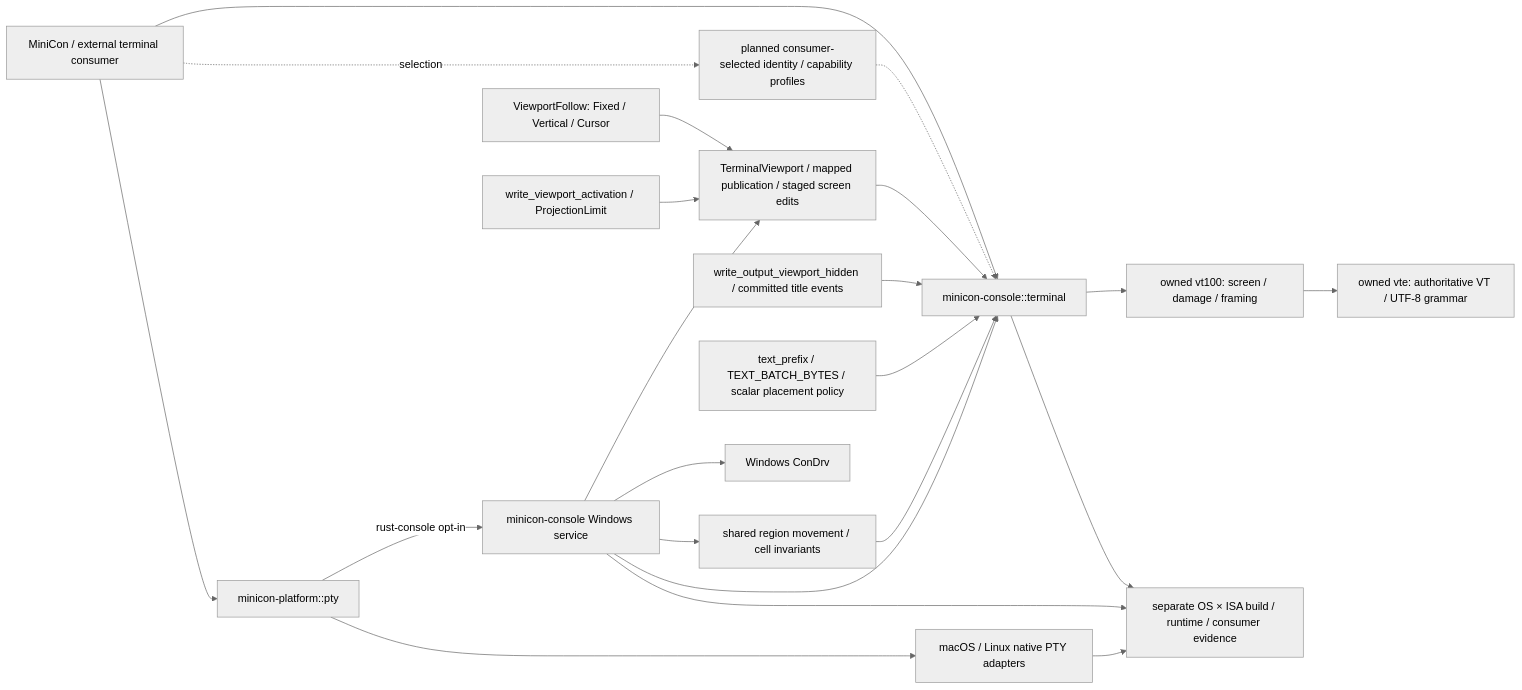
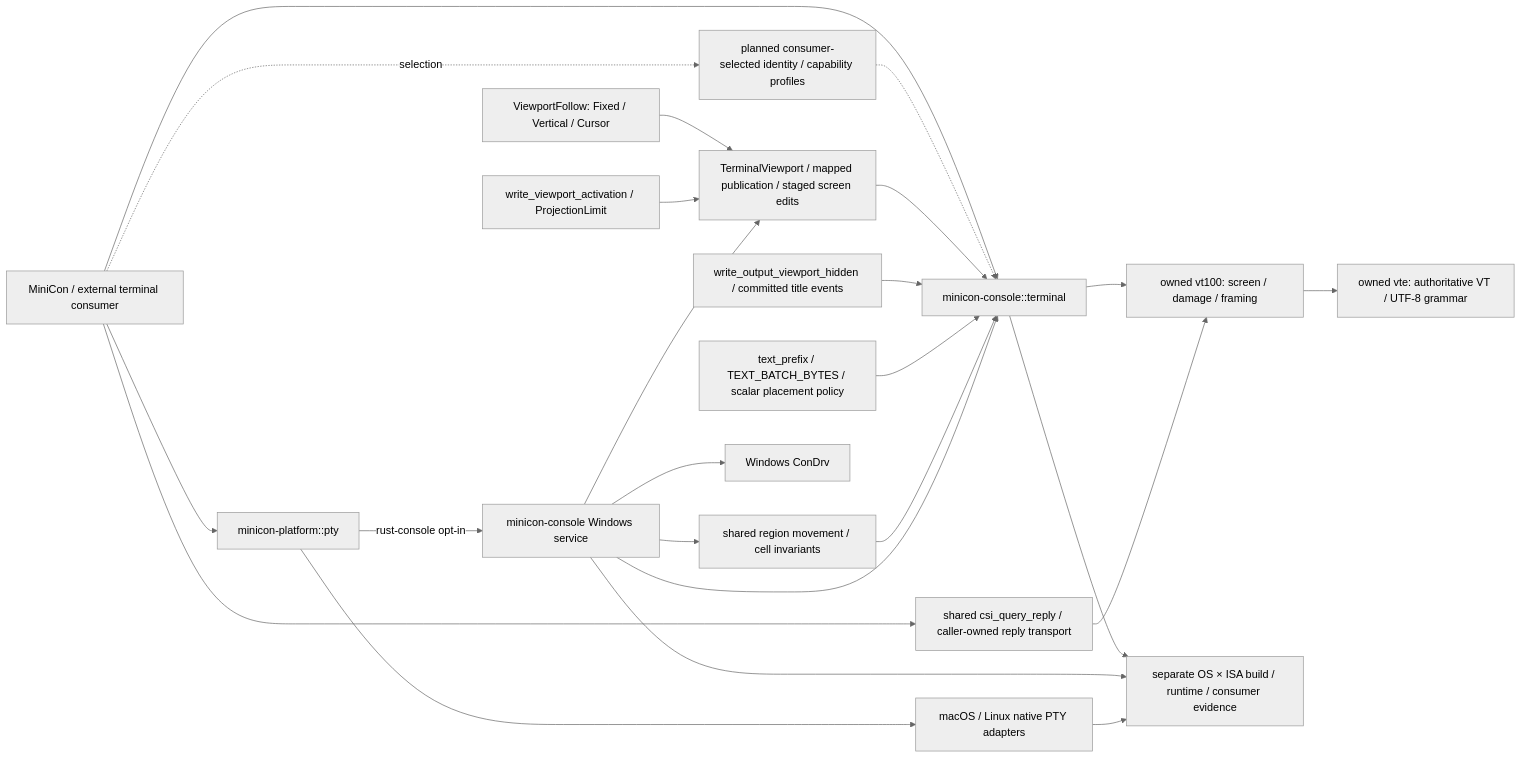
The diagram in prd/PRD_02_35_terminal_library.md (partnernetsoftware/minicon), drawn with Mermaid (neutral theme) before and after one commit. The commit also changed other lines of this file and 17 other files, not shown here.

````diff
--- a/prd/PRD_02_35_terminal_library.md
+++ b/prd/PRD_02_35_terminal_library.md
@@ -63,22 +68,24 @@
 ```mermaid
 flowchart LR
     APP["MiniCon / external terminal consumer"] --> COMMON["minicon-console::terminal"]
     COMMON --> VT["owned vt100: screen / damage / framing"]
+    APP --> QUERY["shared csi_query_reply / caller-owned reply transport"]
+    QUERY --> VT
     VT --> VTE["owned vte: authoritative VT / UTF-8 grammar"]
     APP --> PLATFORM["minicon-platform::pty"]
     PROFILE["planned consumer-selected identity / capability profiles"] -.-> COMMON
     APP -. selection .-> PROFILE
     PLATFORM -->|"rust-console opt-in"| WIN["minicon-console Windows service"]
     VP["TerminalViewport / mapped publication / staged screen edits"] --> COMMON
     FOLLOW["ViewportFollow: Fixed / Vertical / Cursor"] --> VP
     ACT["write_viewport_activation / ProjectionLimit"] --> VP
     HIDDEN["write_output_viewport_hidden / committed title events"] --> COMMON
     TEXT["text_prefix / TEXT_BATCH_BYTES / scalar placement policy"] --> COMMON
     WIN --> VP
     MOVE["shared region movement / cell invariants"] --> COMMON
     WIN --> MOVE
     WIN --> COMMON
     WIN --> KERNEL["Windows ConDrv"]
     PLATFORM --> POSIX["macOS / Linux native PTY adapters"]
     COMMON & WIN & POSIX --> E["separate OS × ISA build / runtime / consumer evidence"]
 ```
````
